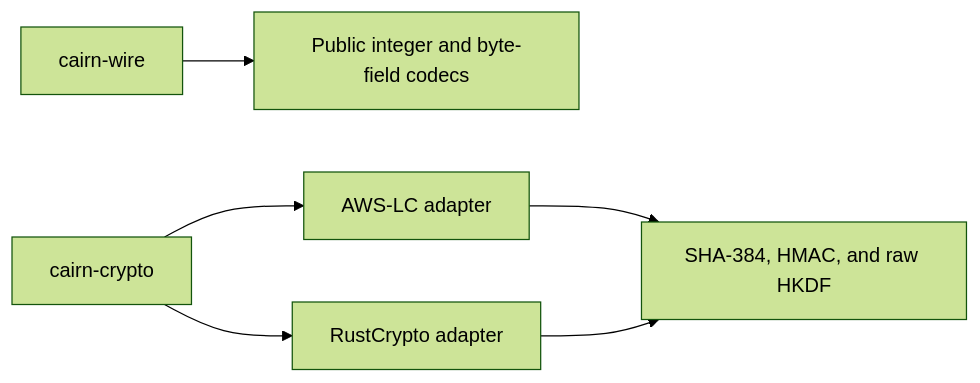
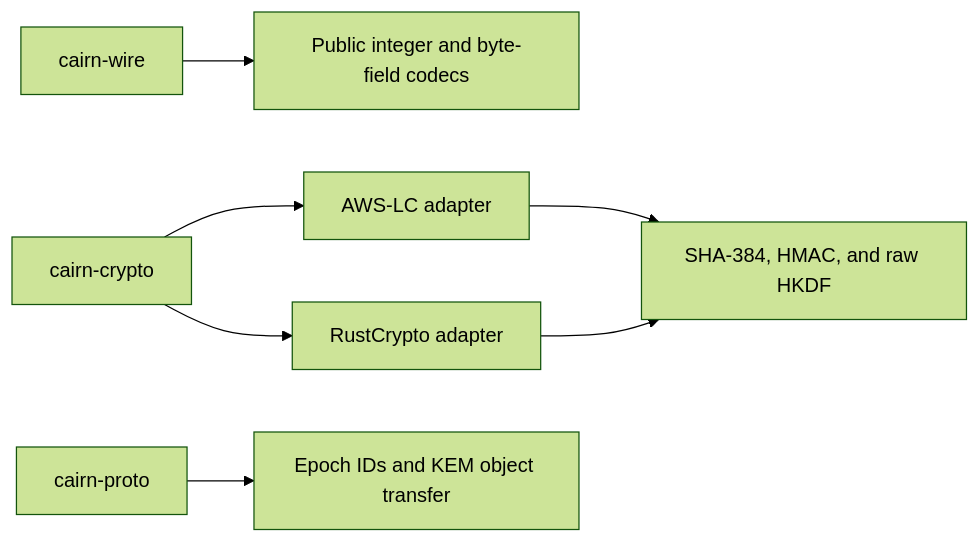
One commit to trancee/cairn changed the diagram in README.md. Above: the diagram before and after it, drawn with Mermaid (forest theme). The commit also changed other lines of this file and 19 other files, not shown here.

First line of the commit message:
feat(proto): add unexposed PQ epoch transfer core (#10)

````diff
--- a/README.md
+++ b/README.md
@@ -32,8 +33,9 @@
 ```mermaid
 flowchart LR
 	Wire["cairn-wire"] --> Fields["Public integer and byte-field codecs"]
 	Crypto["cairn-crypto"] --> AWS["AWS-LC adapter"]
 	Crypto --> Ref["RustCrypto adapter"]
 	AWS --> Ops["SHA-384, HMAC, and raw HKDF"]
 	Ref --> Ops
+	Proto["cairn-proto"] --> Transfer["Epoch IDs and KEM object transfer"]
 ```
````
